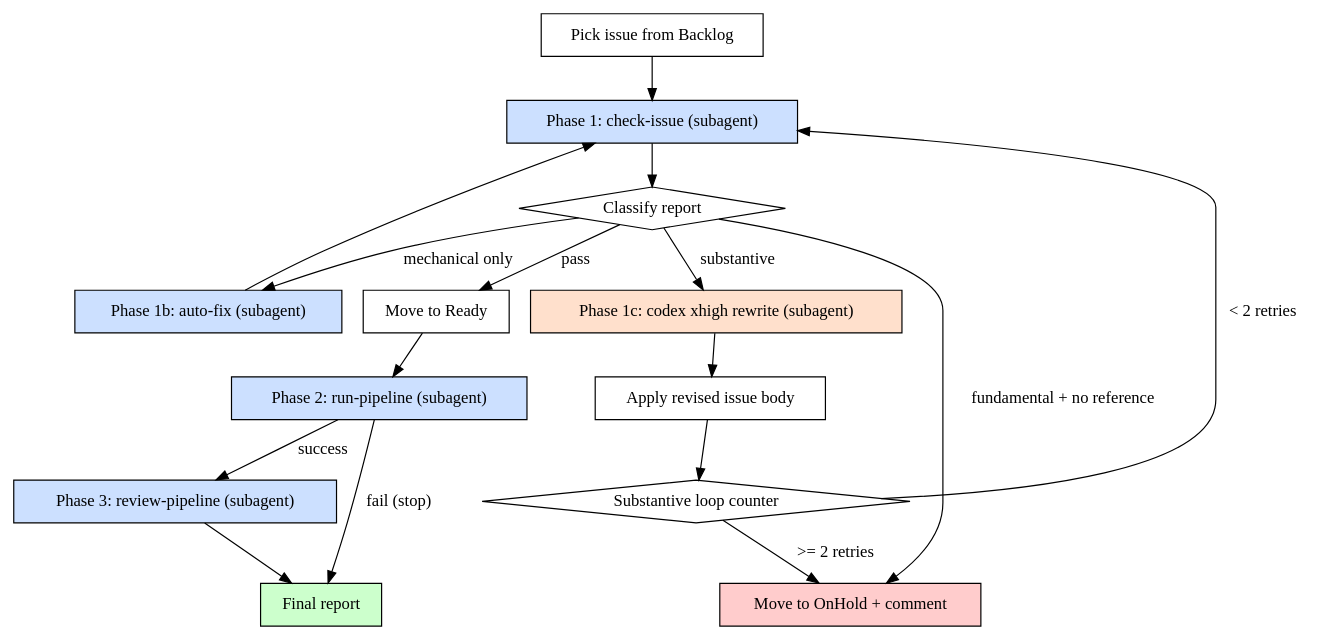
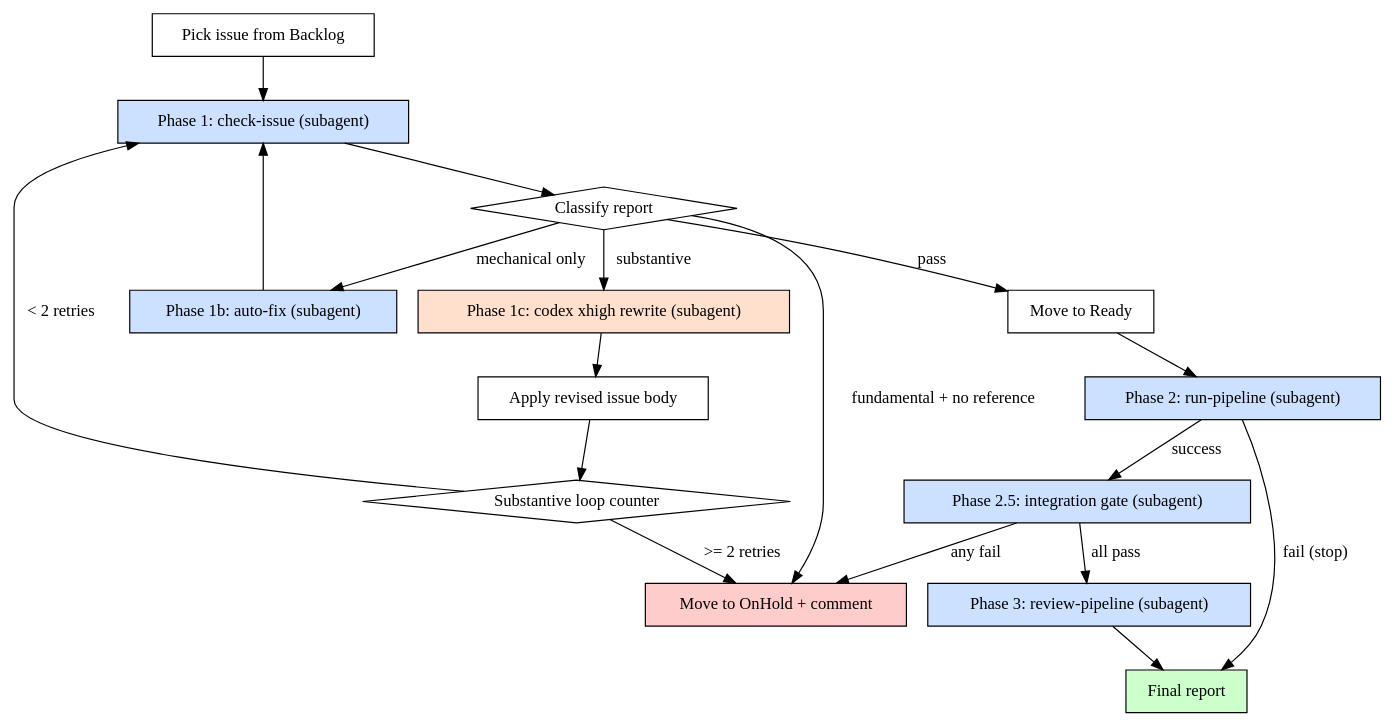
The diagram in .claude/skills/auto-pipeline/SKILL.md (CodingThrust/problem-reductions), drawn with Graphviz before and after one commit. The commit also changed other lines of this file, not shown here.

First line of the commit message:
Add auto-pipeline integration gate (Step 2.5)

````diff
--- a/.claude/skills/auto-pipeline/SKILL.md
+++ b/.claude/skills/auto-pipeline/SKILL.md
@@ -58,33 +58,36 @@
 ```dot
 digraph auto_pipeline {
     rankdir=TB;
     "Pick issue from Backlog" [shape=box];
     "Phase 1: check-issue (subagent)" [shape=box, style=filled, fillcolor="#cce0ff"];
     "Classify report" [shape=diamond];
     "Phase 1b: auto-fix (subagent)" [shape=box, style=filled, fillcolor="#cce0ff"];
     "Phase 1c: codex xhigh rewrite (subagent)" [shape=box, style=filled, fillcolor="#ffe0cc"];
     "Apply revised issue body" [shape=box];
     "Substantive loop counter" [shape=diamond];
     "Move to OnHold + comment" [shape=box, style=filled, fillcolor="#ffcccc"];
     "Move to Ready" [shape=box];
     "Phase 2: run-pipeline (subagent)" [shape=box, style=filled, fillcolor="#cce0ff"];
+    "Phase 2.5: integration gate (subagent)" [shape=box, style=filled, fillcolor="#cce0ff"];
     "Phase 3: review-pipeline (subagent)" [shape=box, style=filled, fillcolor="#cce0ff"];
     "Final report" [shape=box, style=filled, fillcolor="#ccffcc"];
 
     "Pick issue from Backlog" -> "Phase 1: check-issue (subagent)";
     "Phase 1: check-issue (subagent)" -> "Classify report";
     "Classify report" -> "Move to Ready" [label="pass"];
     "Classify report" -> "Phase 1b: auto-fix (subagent)" [label="mechanical only"];
     "Classify report" -> "Phase 1c: codex xhigh rewrite (subagent)" [label="substantive"];
     "Classify report" -> "Move to OnHold + comment" [label="fundamental + no reference"];
     "Phase 1b: auto-fix (subagent)" -> "Phase 1: check-issue (subagent)";
     "Phase 1c: codex xhigh rewrite (subagent)" -> "Apply revised issue body";
     "Apply revised issue body" -> "Substantive loop counter";
     "Substantive loop counter" -> "Phase 1: check-issue (subagent)" [label="< 2 retries"];
     "Substantive loop counter" -> "Move to OnHold + comment" [label=">= 2 retries"];
     "Move to Ready" -> "Phase 2: run-pipeline (subagent)";
-    "Phase 2: run-pipeline (subagent)" -> "Phase 3: review-pipeline (subagent)" [label="success"];
+    "Phase 2: run-pipeline (subagent)" -> "Phase 2.5: integration gate (subagent)" [label="success"];
     "Phase 2: run-pipeline (subagent)" -> "Final report" [label="fail (stop)"];
+    "Phase 2.5: integration gate (subagent)" -> "Phase 3: review-pipeline (subagent)" [label="all pass"];
+    "Phase 2.5: integration gate (subagent)" -> "Move to OnHold + comment" [label="any fail"];
     "Phase 3: review-pipeline (subagent)" -> "Final report";
 }
 ```
````
